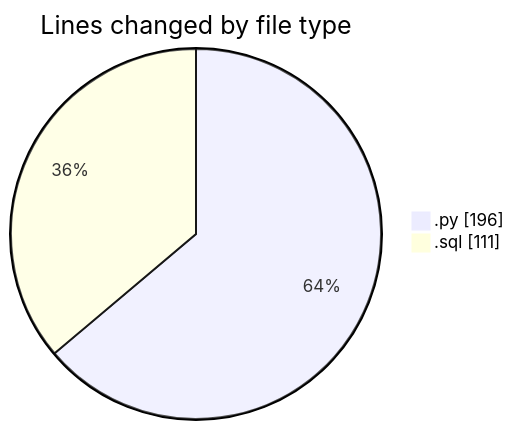
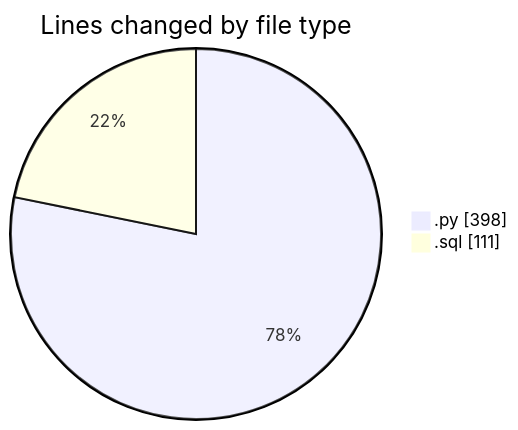
One commit to trdunsworth/code-tracking changed the first of 2 diagrams in 2025-04-22/synth_911data_gen/README.md. Above: the diagram before and after it, drawn with Mermaid. The commit also changed other lines of this file and 1 other file, not shown here.

````diff
--- a/2025-04-22/synth_911data_gen/README.md
+++ b/2025-04-22/synth_911data_gen/README.md
@@ -21,6 +21,6 @@
 ```mermaid
 pie showData
 title Lines changed by file type
-".py" : 196
+".py" : 398
 ".sql" : 111
 ```
````
